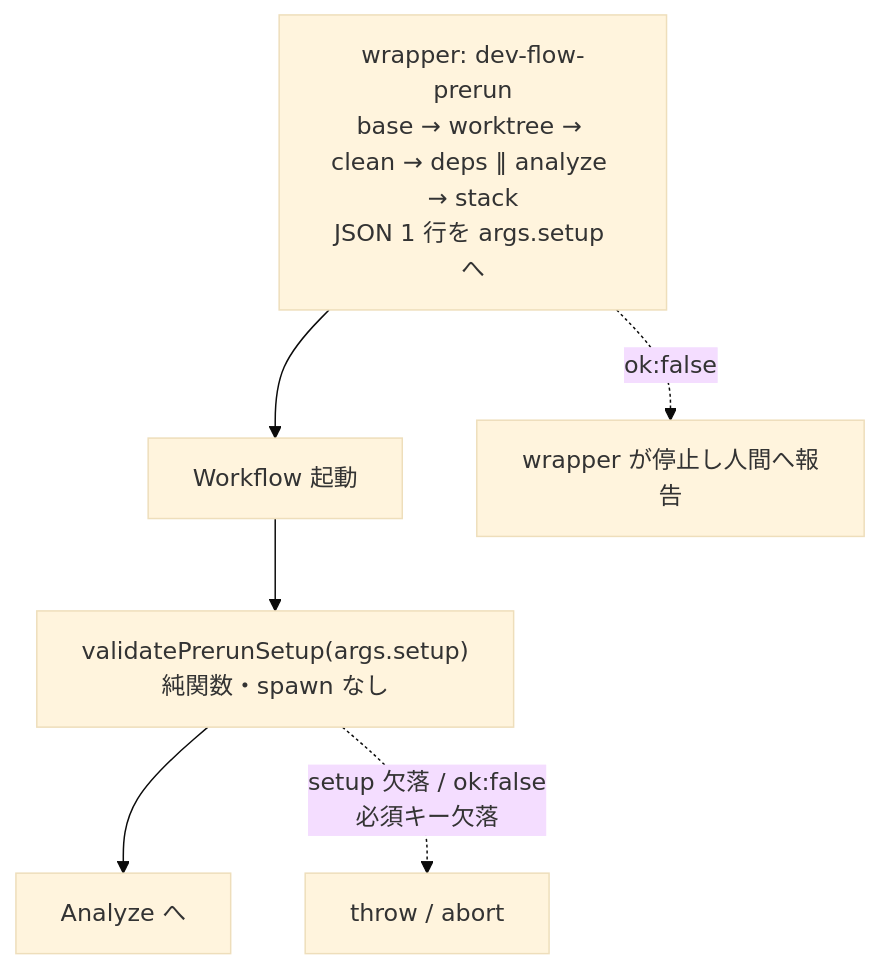
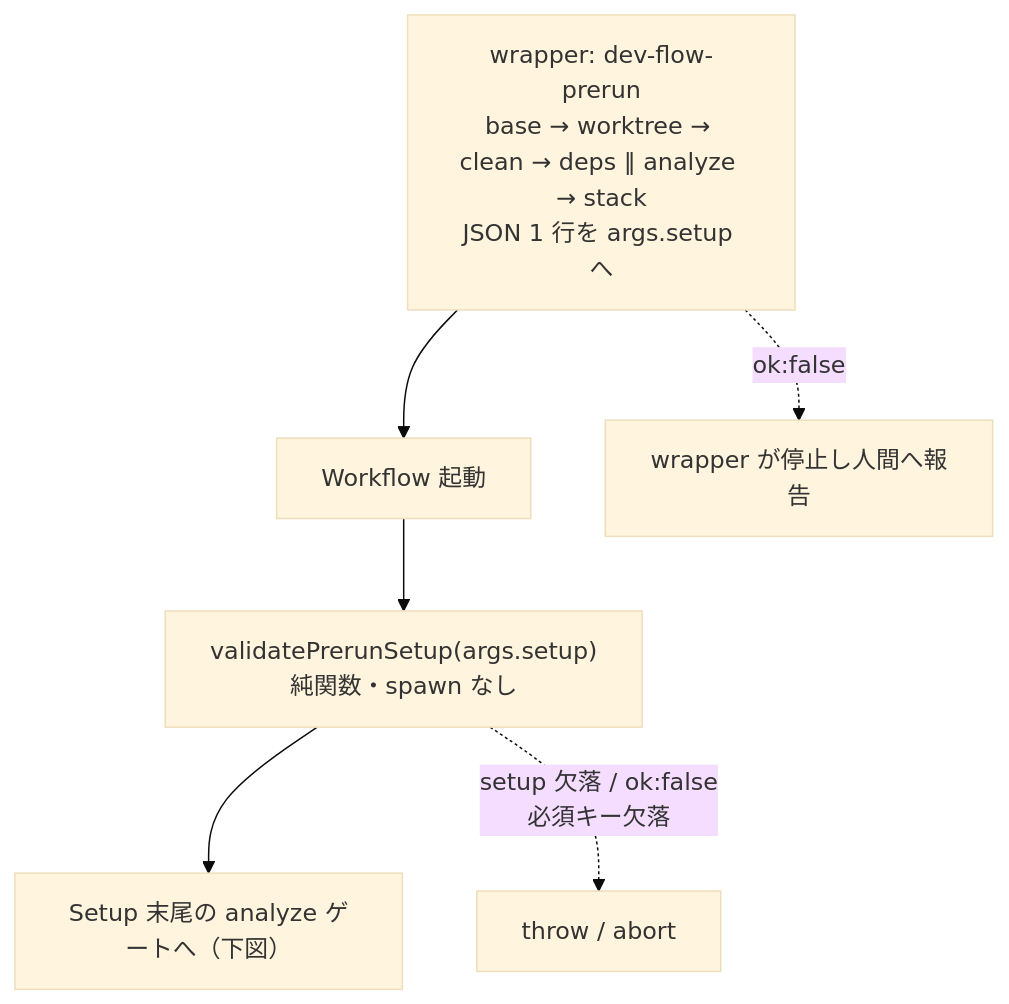
Before and after one commit to it-all-playpark/skills: the second of 13 diagrams in docs/dev-flow-atlas.md, drawn with Mermaid (base theme). The commit also changed other lines of this file and 7 other files, not shown here.

Commit message:
refactor(dev-flow): #699 の minor 指摘を片付ける（analyze-phase invariant テストの検出漏れ・残存する Analyze 表記・dev-flow-atlas の phase 図） (#701) (#719)

````diff
--- a/docs/dev-flow-atlas.md
+++ b/docs/dev-flow-atlas.md
@@ -69,9 +69,9 @@
 ```mermaid
 flowchart TD
     PR["wrapper: dev-flow-prerun<br/>base → worktree → clean → deps ‖ analyze → stack<br/>JSON 1 行を args.setup へ"] --> IN["Workflow 起動"]
     IN --> S1["validatePrerunSetup(args.setup)<br/>純関数・spawn なし"]
-    S1 --> OUT["Analyze へ"]
+    S1 --> OUT["Setup 末尾の analyze ゲートへ（下図）"]
 
     PR -.->|"ok:false"| STOP["wrapper が停止し人間へ報告"]
     S1 -.->|"setup 欠落 / ok:false<br/>必須キー欠落"| AB["throw / abort"]
 ```
````
